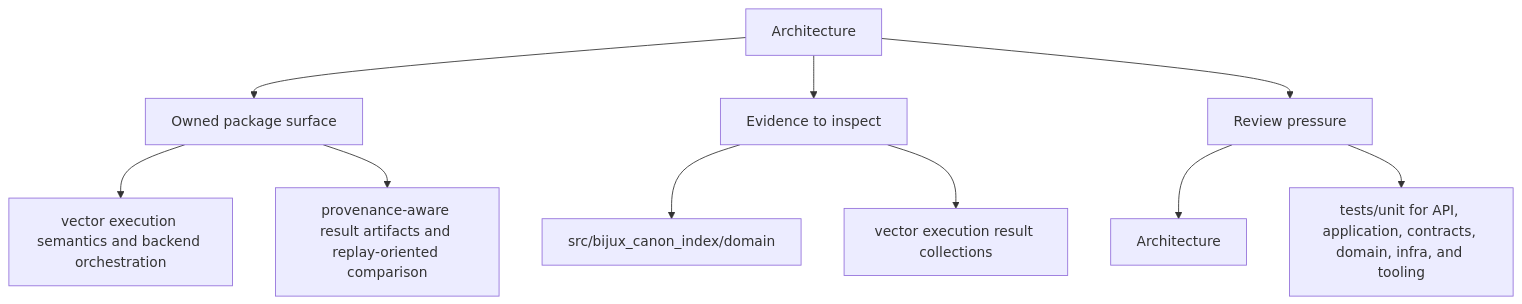
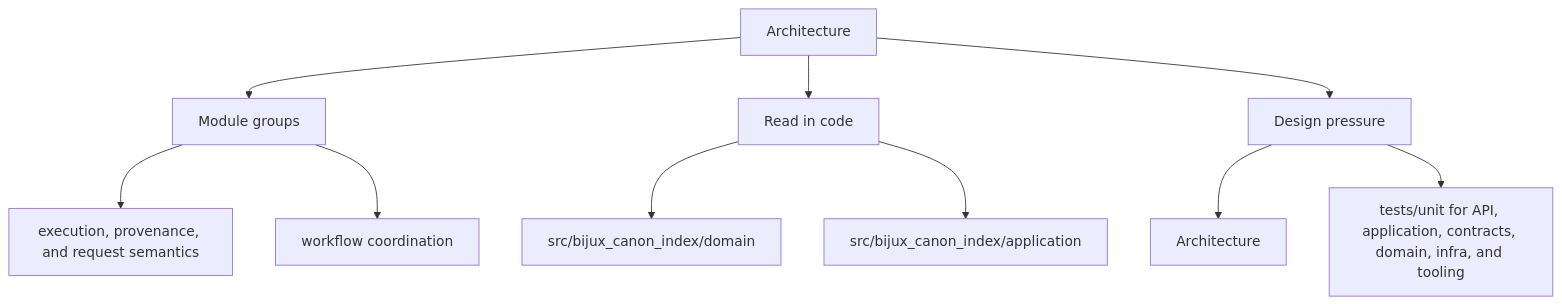
The second of 2 diagrams in docs/bijux-canon-index/architecture/index.md (bijux/bijux-canon), drawn with Mermaid before and after one commit. The commit also changed other lines of this file and 250 other files, not shown here.

Commit message:
docs(diagrams): make product page maps more readable

````diff
--- a/docs/bijux-canon-index/architecture/index.md
+++ b/docs/bijux-canon-index/architecture/index.md
@@ -32,22 +32,22 @@
 ```mermaid
 flowchart TD
     page["Architecture"]
-    focus1["Owned package surface"]
+    focus1["Module groups"]
     page --> focus1
-    focus1_1["vector execution semantics and backend orchestration"]
+    focus1_1["execution, provenance, and request semantics"]
     focus1 --> focus1_1
-    focus1_2["provenance-aware result artifacts and replay-oriented comparison"]
+    focus1_2["workflow coordination"]
     focus1 --> focus1_2
-    focus2["Evidence to inspect"]
+    focus2["Read in code"]
     page --> focus2
     focus2_1["src/bijux_canon_index/domain"]
     focus2 --> focus2_1
-    focus2_2["vector execution result collections"]
+    focus2_2["src/bijux_canon_index/application"]
     focus2 --> focus2_2
-    focus3["Review pressure"]
+    focus3["Design pressure"]
     page --> focus3
     focus3_1["Architecture"]
     focus3 --> focus3_1
     focus3_2["tests/unit for API, application, contracts, domain, infra, and tooling"]
     focus3 --> focus3_2
 ```
````
